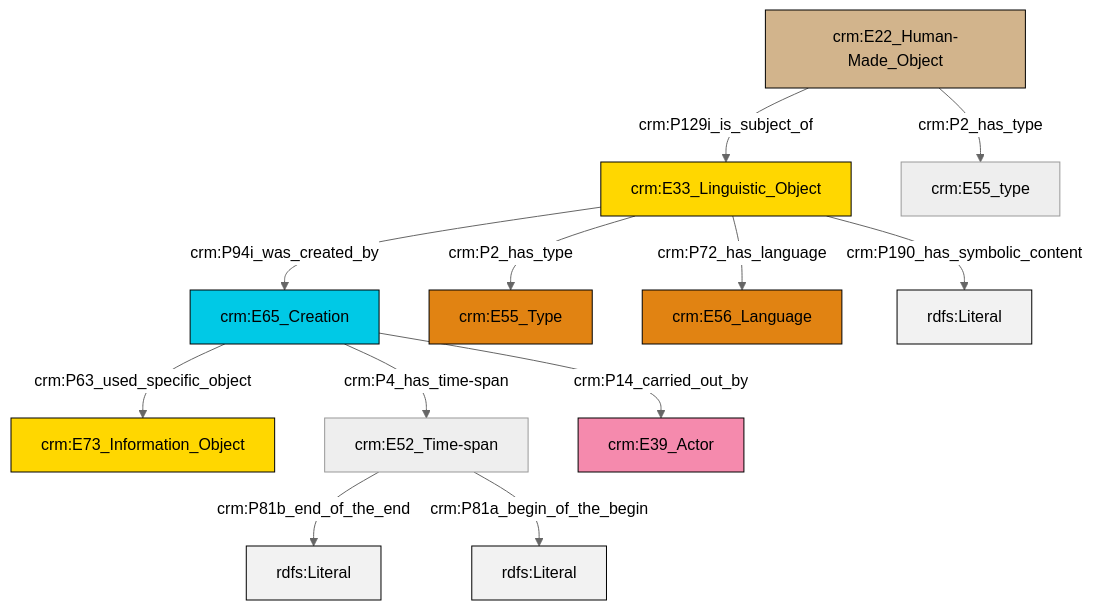
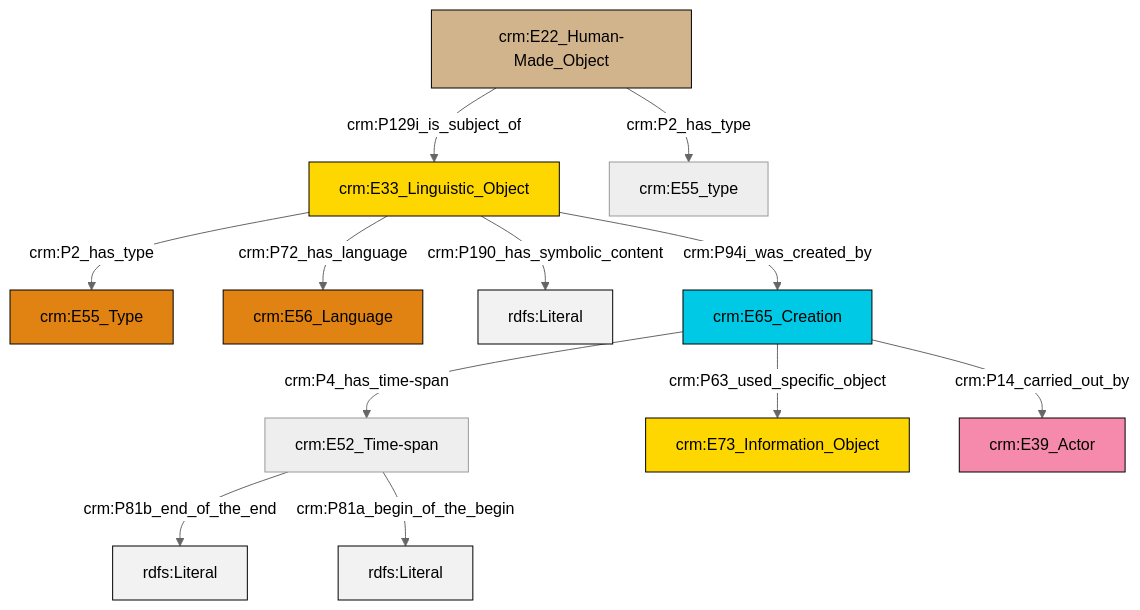
The diagram in et/artworkCSV/ttl/mmd/Artwork_Description.ttl.mmd (swiss-art-research-net/reference-data-models), drawn with Mermaid (neutral theme) before and after one commit. The commit also changed 124 other files, not shown here.

```diff
--- a/et/artworkCSV/ttl/mmd/Artwork_Description.ttl.mmd
+++ b/et/artworkCSV/ttl/mmd/Artwork_Description.ttl.mmd
@@ -1,26 +1,26 @@
 graph TD
 classDef Literal fill:#f2f2f2,stroke:#000000;
 classDef CRM_Entity fill:#FFFFFF,stroke:#000000;
 classDef Temporal_Entity fill:#00C9E6, stroke:#000000;
 classDef Type fill:#E18312, stroke:#000000;
 classDef Time-Span fill:#2C9C91, stroke:#000000;
 classDef Appellation fill:#FFEB7F, stroke:#000000;
 classDef Place fill:#008836, stroke:#000000;
 classDef Persistent_Item fill:#B266B2, stroke:#000000;
 classDef Conceptual_Object fill:#FFD700, stroke:#000000;
 classDef Physical_Thing fill:#D2B48C, stroke:#000000;
 classDef Actor fill:#f58aad, stroke:#000000;
 classDef PC_Classes fill:#4ce600, stroke:#000000;
 classDef Multi fill:#cccccc,stroke:#000000;
 
-0["crm:E65_Creation"]:::Temporal_Entity -->|crm:P4_has_time-span| 6["crm:E52_Time-span"]:::Default
-6["crm:E52_Time-span"]:::Default -->|crm:P81b_end_of_the_end| 7[rdfs:Literal]:::Literal
-8["crm:E33_Linguistic_Object"]:::Conceptual_Object -->|crm:P72_has_language| 13["crm:E56_Language"]:::Type
-0["crm:E65_Creation"]:::Temporal_Entity -->|crm:P63_used_specific_object| 2["crm:E73_Information_Object"]:::Conceptual_Object
-4["crm:E22_Human-Made_Object"]:::Physical_Thing -->|crm:P129i_is_subject_of| 8["crm:E33_Linguistic_Object"]:::Conceptual_Object
-8["crm:E33_Linguistic_Object"]:::Conceptual_Object -->|crm:P2_has_type| 10["crm:E55_Type"]:::Type
-8["crm:E33_Linguistic_Object"]:::Conceptual_Object -->|crm:P94i_was_created_by| 0["crm:E65_Creation"]:::Temporal_Entity
-6["crm:E52_Time-span"]:::Default -->|crm:P81a_begin_of_the_begin| 16[rdfs:Literal]:::Literal
-8["crm:E33_Linguistic_Object"]:::Conceptual_Object -->|crm:P190_has_symbolic_content| 17[rdfs:Literal]:::Literal
-4["crm:E22_Human-Made_Object"]:::Physical_Thing -->|crm:P2_has_type| 19["crm:E55_type"]:::Default
-0["crm:E65_Creation"]:::Temporal_Entity -->|crm:P14_carried_out_by| 14["crm:E39_Actor"]:::Actor
+10["crm:E33_Linguistic_Object"]:::Conceptual_Object -->|crm:P190_has_symbolic_content| 11[rdfs:Literal]:::Literal
+12["crm:E65_Creation"]:::Temporal_Entity -->|crm:P14_carried_out_by| 6["crm:E39_Actor"]:::Actor
+12["crm:E65_Creation"]:::Temporal_Entity -->|crm:P4_has_time-span| 0["crm:E52_Time-span"]:::Default
+0["crm:E52_Time-span"]:::Default -->|crm:P81b_end_of_the_end| 14[rdfs:Literal]:::Literal
+15["crm:E22_Human-Made_Object"]:::Physical_Thing -->|crm:P2_has_type| 16["crm:E55_type"]:::Default
+10["crm:E33_Linguistic_Object"]:::Conceptual_Object -->|crm:P94i_was_created_by| 12["crm:E65_Creation"]:::Temporal_Entity
+12["crm:E65_Creation"]:::Temporal_Entity -->|crm:P63_used_specific_object| 2["crm:E73_Information_Object"]:::Conceptual_Object
+10["crm:E33_Linguistic_Object"]:::Conceptual_Object -->|crm:P72_has_language| 8["crm:E56_Language"]:::Type
+15["crm:E22_Human-Made_Object"]:::Physical_Thing -->|crm:P129i_is_subject_of| 10["crm:E33_Linguistic_Object"]:::Conceptual_Object
+10["crm:E33_Linguistic_Object"]:::Conceptual_Object -->|crm:P2_has_type| 4["crm:E55_Type"]:::Type
+0["crm:E52_Time-span"]:::Default -->|crm:P81a_begin_of_the_begin| 19[rdfs:Literal]:::Literal
```
